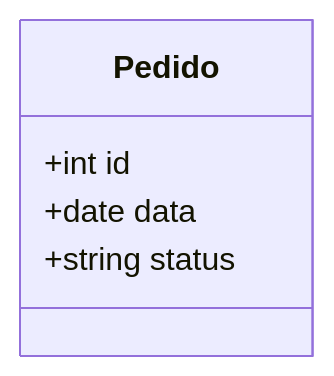
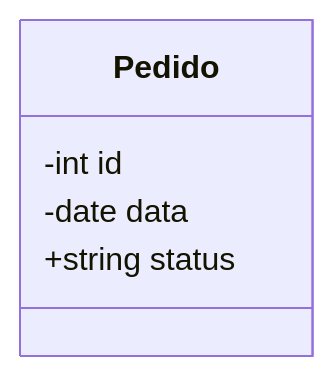
Before and after one commit to gabrielriosdias/poojavaceub-grupo2: the diagram in pedido.md, drawn with Mermaid.

````diff
--- a/pedido.md
+++ b/pedido.md
@@ -1,8 +1,8 @@
 ```mermaid
 classDiagram
  class Pedido {
-        +int id
-        +date data
+        -int id
+        -date data
         +string status
     }
 ```
````
